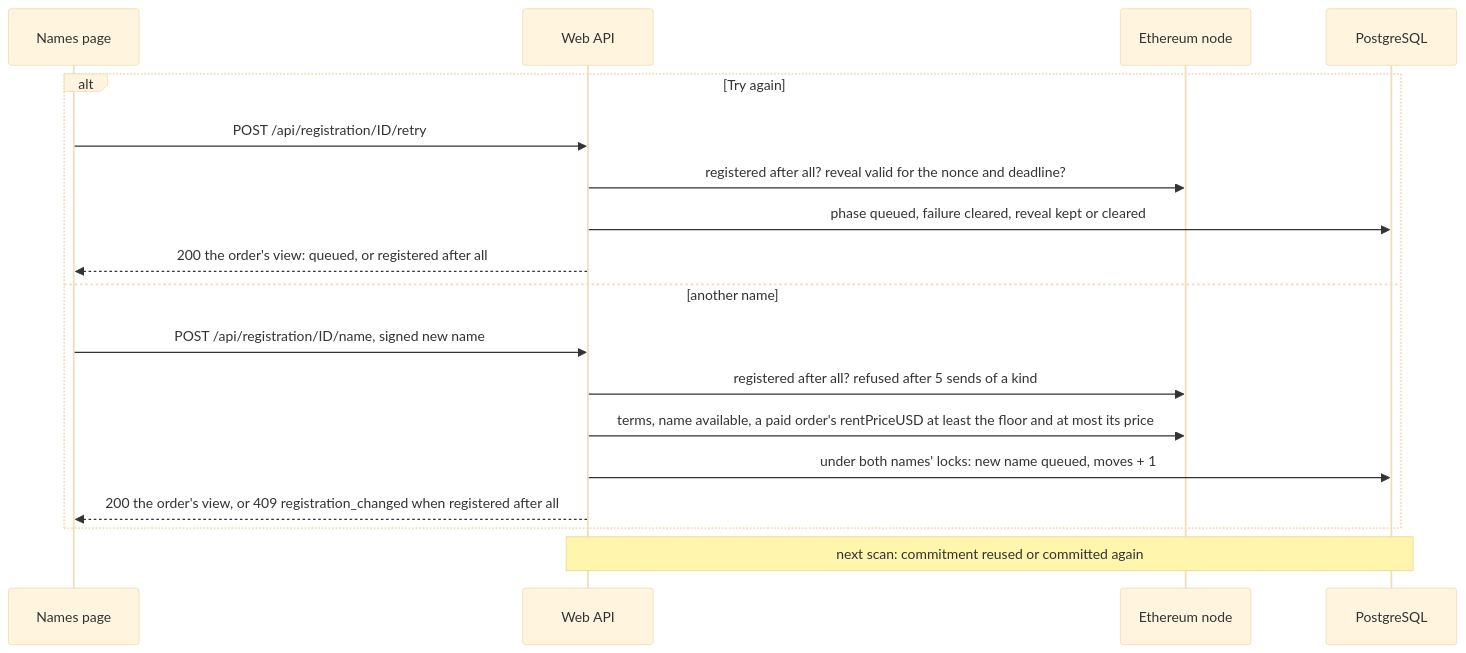
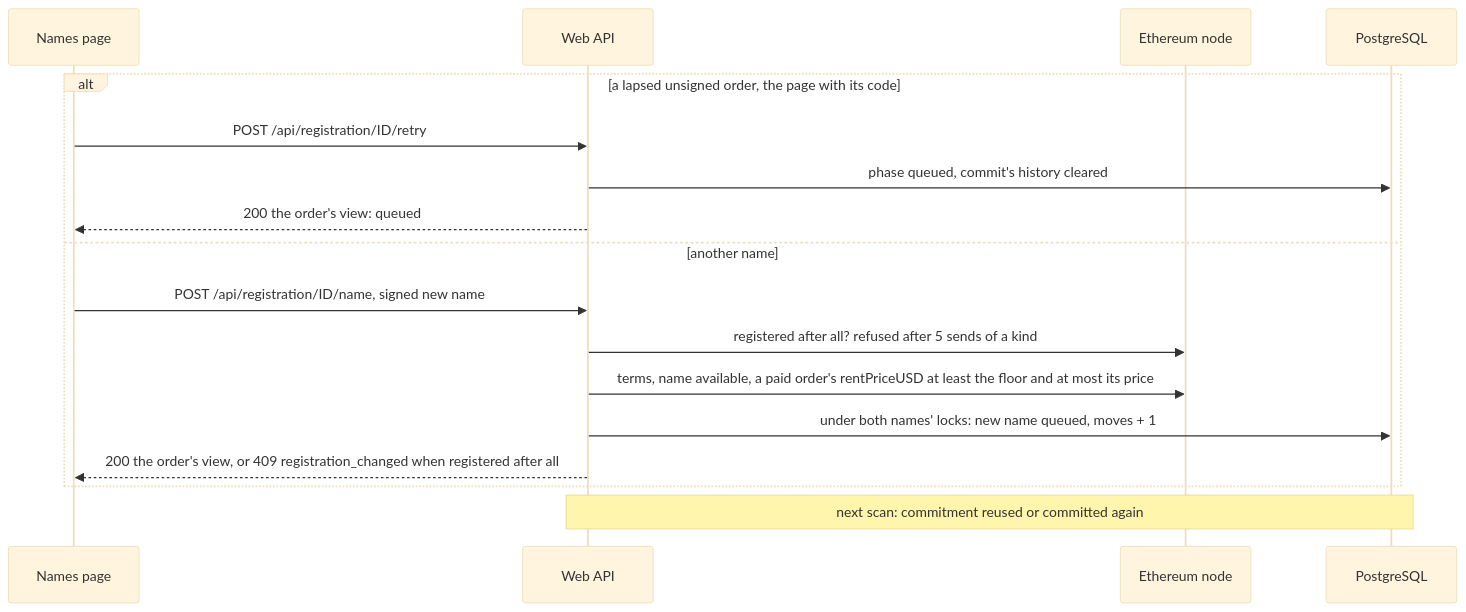
The seventh of 14 diagrams in apps/simplex-store-service/docs/names.md (simplex-chat/simplex-chat), drawn with Mermaid (base theme) before and after one commit. The commit also changed other lines of this file and 17 other files, not shown here.

First line of the commit message:
names: an order whose time to sign ran out waits for its page's /retry instead of failing, and a register the registry refuses is retried while its commitment is live

````diff
--- a/apps/simplex-store-service/docs/names.md
+++ b/apps/simplex-store-service/docs/names.md
@@ -375,20 +379,19 @@
 ```mermaid
 sequenceDiagram
   participant P as Names page
   participant W as Web API
   participant E as Ethereum node
   participant D as PostgreSQL
-  alt Try again
+  alt a lapsed unsigned order, the page with its code
     P->>W: POST /api/registration/ID/retry
-    W->>E: registered after all? reveal valid for the nonce and deadline?
-    W->>D: phase queued, failure cleared, reveal kept or cleared
-    W-->>P: 200 the order's view: queued, or registered after all
+    W->>D: phase queued, commit's history cleared
+    W-->>P: 200 the order's view: queued
   else another name
     P->>W: POST /api/registration/ID/name, signed new name
     W->>E: registered after all? refused after 5 sends of a kind
     W->>E: terms, name available, a paid order's rentPriceUSD at least the floor and at most its price
     W->>D: under both names' locks: new name queued, moves + 1
     W-->>P: 200 the order's view, or 409 registration_changed when registered after all
   end
   Note over W,D: next scan: commitment reused or committed again
 ```
````
